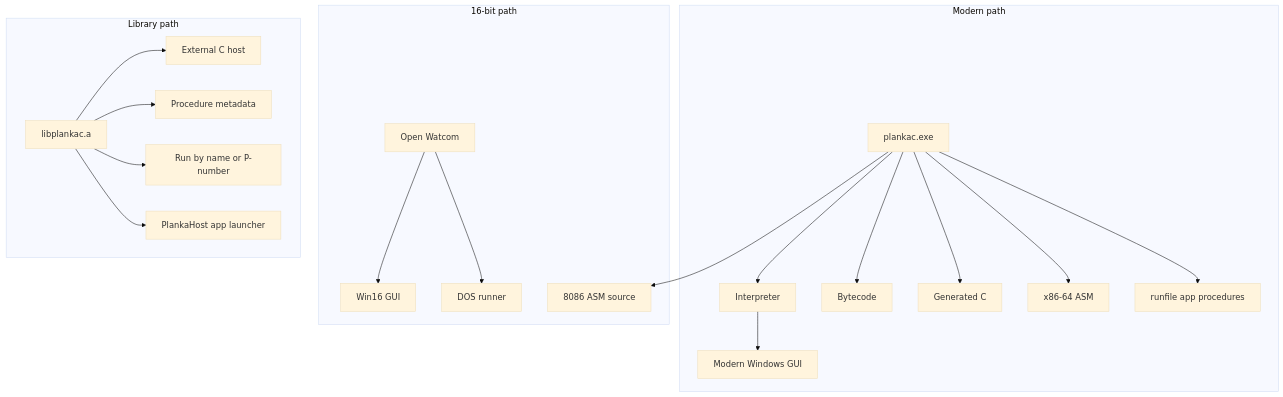
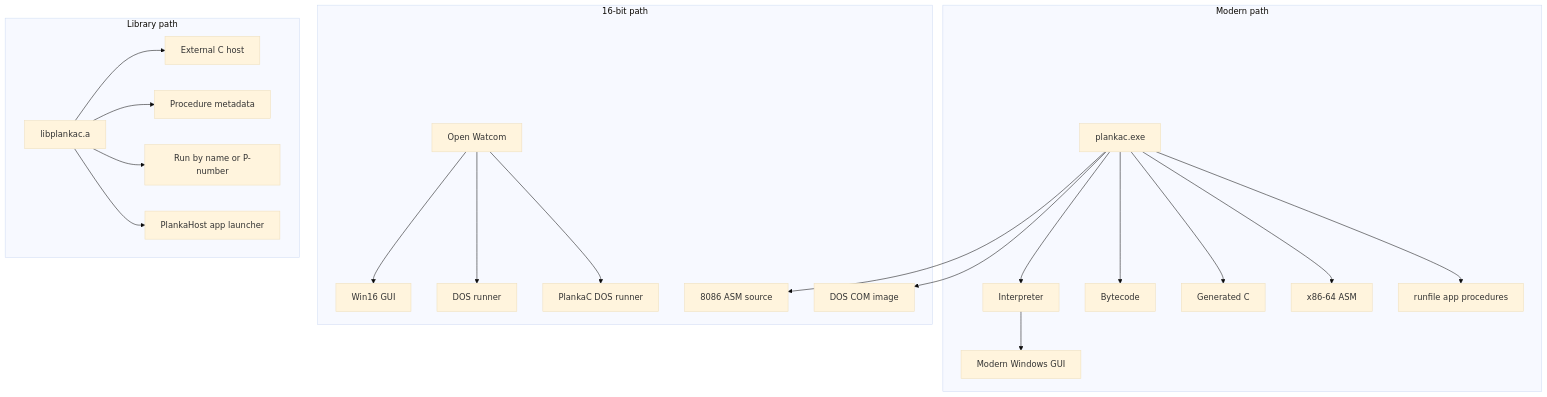
The fifth of 6 diagrams in docs/infographic.md (Olegie/PlankaC), drawn with Mermaid (base theme) before and after one commit. The commit also changed other lines of this file and 54 other files, not shown here.

Commit message:
feat(plankac): add full DOS runner route

````diff
--- a/docs/infographic.md
+++ b/docs/infographic.md
@@ -136,24 +143,26 @@
 ```mermaid
 flowchart TB
     subgraph Modern["Modern path"]
         A["plankac.exe"] --> B["Interpreter"]
         A --> C["Bytecode"]
         A --> D["Generated C"]
         A --> E["x86-64 ASM"]
         B --> F["Modern Windows GUI"]
         A --> O["runfile app procedures"]
     end
 
     subgraph SixteenBit["16-bit path"]
         G["Open Watcom"] --> H["Win16 GUI"]
         G --> I["DOS runner"]
+        G --> R["PlankaC DOS runner"]
         A --> J["8086 ASM source"]
+        A --> Q["DOS COM image"]
     end
 
     subgraph Library["Library path"]
         K["libplankac.a"] --> L["External C host"]
         K --> M["Procedure metadata"]
         K --> N["Run by name or P-number"]
         K --> P["PlankaHost app launcher"]
     end
 ```
````
